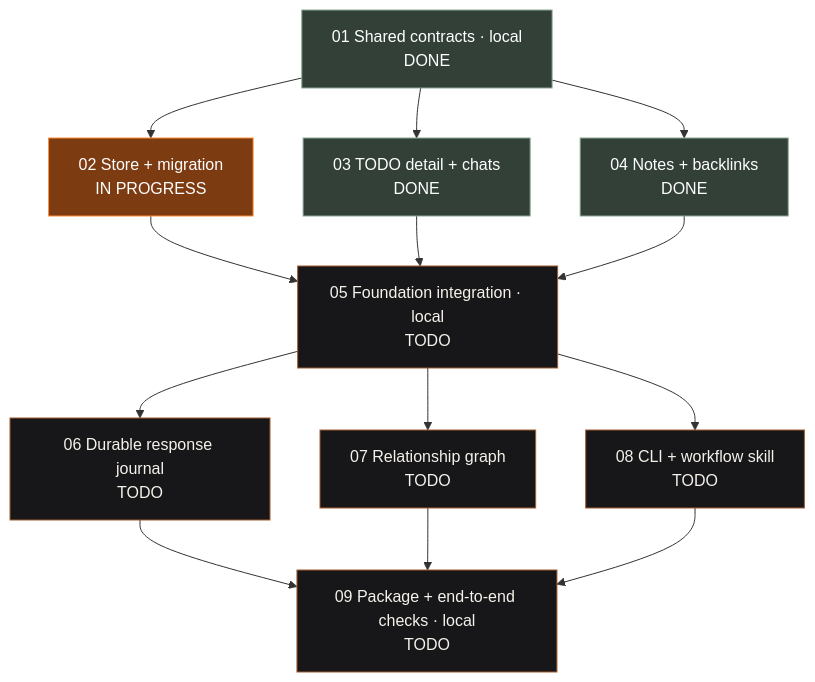
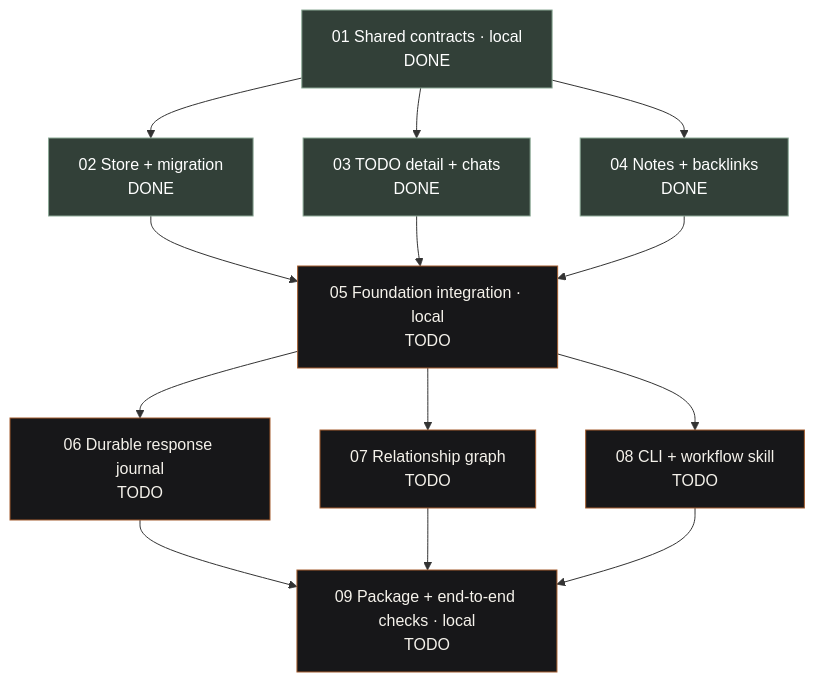
One commit to vatsalsaglani/Cider changed the diagram in docs/plans/linked-work/00-overview.md. Above: the diagram before and after it, drawn with Mermaid. The commit also changed other lines of this file and 4 other files, not shown here.

````diff
--- a/docs/plans/linked-work/00-overview.md
+++ b/docs/plans/linked-work/00-overview.md
@@ -38,27 +38,27 @@
 ```mermaid
 flowchart TD
     P01["01 Shared contracts · local<br/>DONE"]:::done
-    P02["02 Store + migration<br/>IN PROGRESS"]:::inprogress
+    P02["02 Store + migration<br/>DONE"]:::done
     P03["03 TODO detail + chats<br/>DONE"]:::done
     P04["04 Notes + backlinks<br/>DONE"]:::done
     P05["05 Foundation integration · local<br/>TODO"]:::todo
     P06["06 Durable response journal<br/>TODO"]:::todo
     P07["07 Relationship graph<br/>TODO"]:::todo
     P08["08 CLI + workflow skill<br/>TODO"]:::todo
     P09["09 Package + end-to-end checks · local<br/>TODO"]:::todo
     P01 --> P02
     P01 --> P03
     P01 --> P04
     P02 --> P05
     P03 --> P05
     P04 --> P05
     P05 --> P06
     P05 --> P07
     P05 --> P08
     P06 --> P09
     P07 --> P09
     P08 --> P09
     classDef todo fill:#171719,color:#f5f2eb,stroke:#a45d2e
     classDef inprogress fill:#7d3b12,color:#fff,stroke:#ff8b38
     classDef done fill:#324038,color:#fff,stroke:#8ca996
 ```
````
